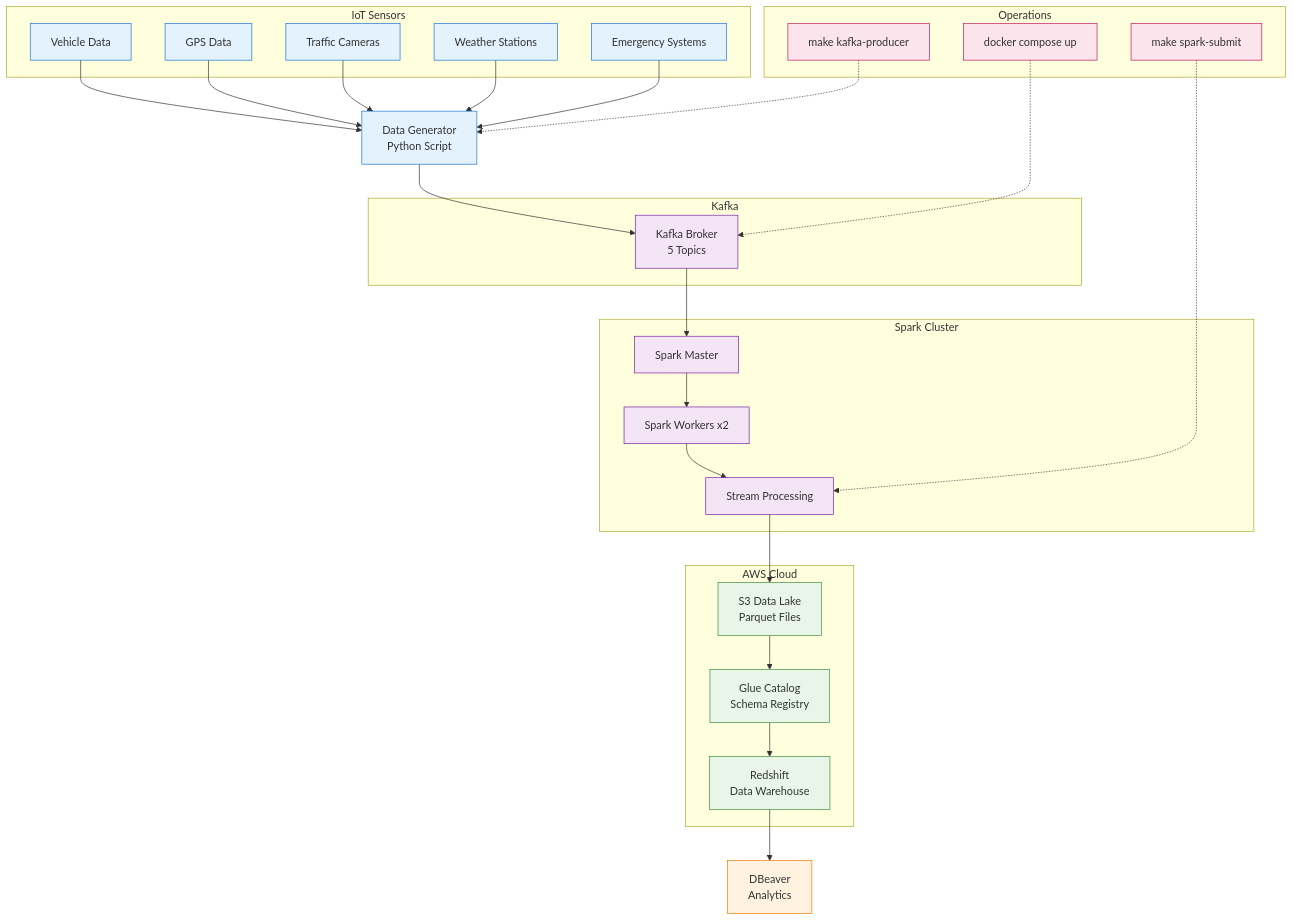
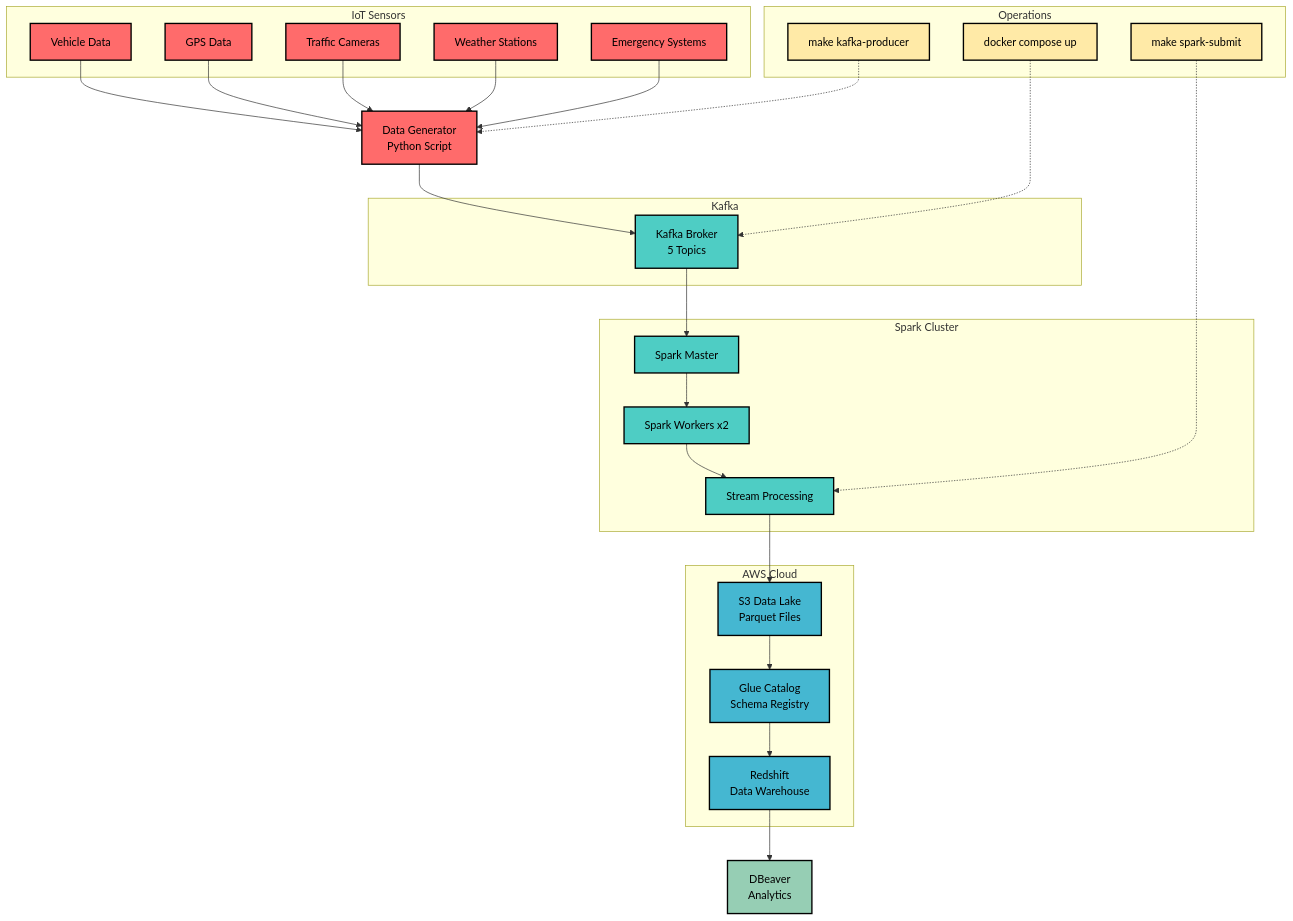
Before and after one commit to RITS98/IOT-Data-Engineering-Using-Kafka-Spark-and-AWS-Services: the diagram in README.md, drawn with Mermaid.

````diff
--- a/README.md
+++ b/README.md
@@ -33,72 +33,72 @@
 ```mermaid
 graph TB
     %% Data Sources
     subgraph "IoT Sensors"
         V[Vehicle Data]
         G[GPS Data]
         T[Traffic Cameras]
         W[Weather Stations]
         E[Emergency Systems]
     end
 
     %% Data Pipeline
     DG[Data Generator<br/>Python Script]
     
     subgraph "Kafka"
         K[Kafka Broker<br/>5 Topics]
     end
     
     subgraph "Spark Cluster"
         SM[Spark Master]
         SW[Spark Workers x2]
         SS[Stream Processing]
     end
     
     subgraph "AWS Cloud"
         S3[S3 Data Lake<br/>Parquet Files]
         GLUE[Glue Catalog<br/>Schema Registry]
         RS[Redshift<br/>Data Warehouse]
     end
     
     DB[DBeaver<br/>Analytics]
 
     %% Flow
     V --> DG
     G --> DG
     T --> DG
     W --> DG
     E --> DG
     
     DG --> K
     K --> SM
     SM --> SW
     SW --> SS
     SS --> S3
     S3 --> GLUE
     GLUE --> RS
     RS --> DB
 
     %% Commands
     subgraph "Operations"
         C1[make kafka-producer]
         C2[make spark-submit]
         C3[docker compose up]
     end
     
     C1 -.-> DG
     C2 -.-> SS
     C3 -.-> K
 
-    %% Styling
-    classDef source fill:#e3f2fd,stroke:#1976d2
-    classDef processing fill:#f3e5f5,stroke:#7b1fa2
-    classDef storage fill:#e8f5e8,stroke:#388e3c
-    classDef analytics fill:#fff3e0,stroke:#f57c00
-    classDef ops fill:#fce4ec,stroke:#c2185b
+    %% Styling with vibrant colors and black text
+    classDef source fill:#FF6B6B,stroke:#000,stroke-width:2px,color:#000
+    classDef processing fill:#4ECDC4,stroke:#000,stroke-width:2px,color:#000
+    classDef storage fill:#45B7D1,stroke:#000,stroke-width:2px,color:#000
+    classDef analytics fill:#96CEB4,stroke:#000,stroke-width:2px,color:#000
+    classDef ops fill:#FFEAA7,stroke:#000,stroke-width:2px,color:#000
 
     class V,G,T,W,E,DG source
     class K,SM,SW,SS processing
     class S3,GLUE,RS storage
     class DB analytics
     class C1,C2,C3 ops
 ```
````
